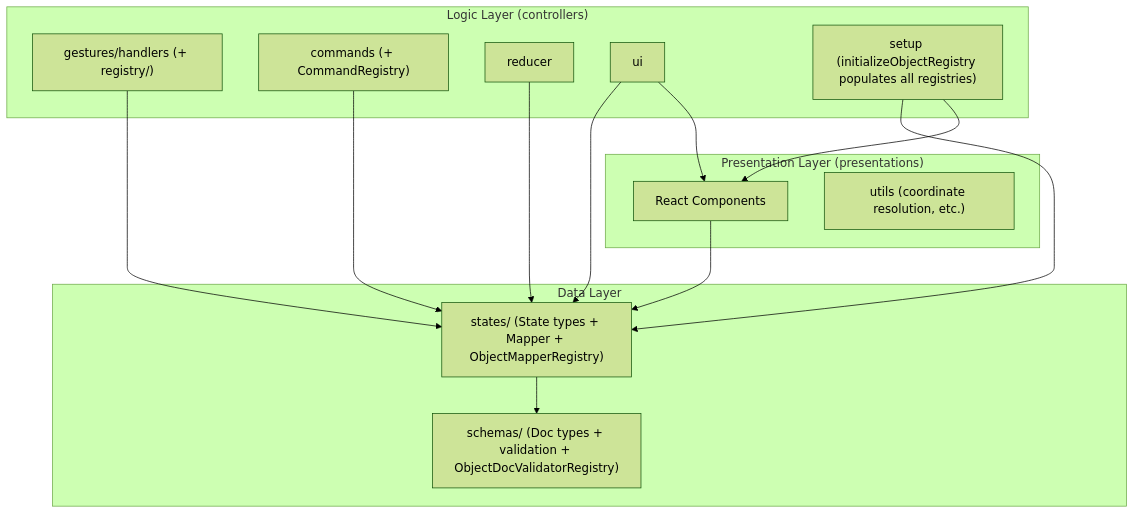
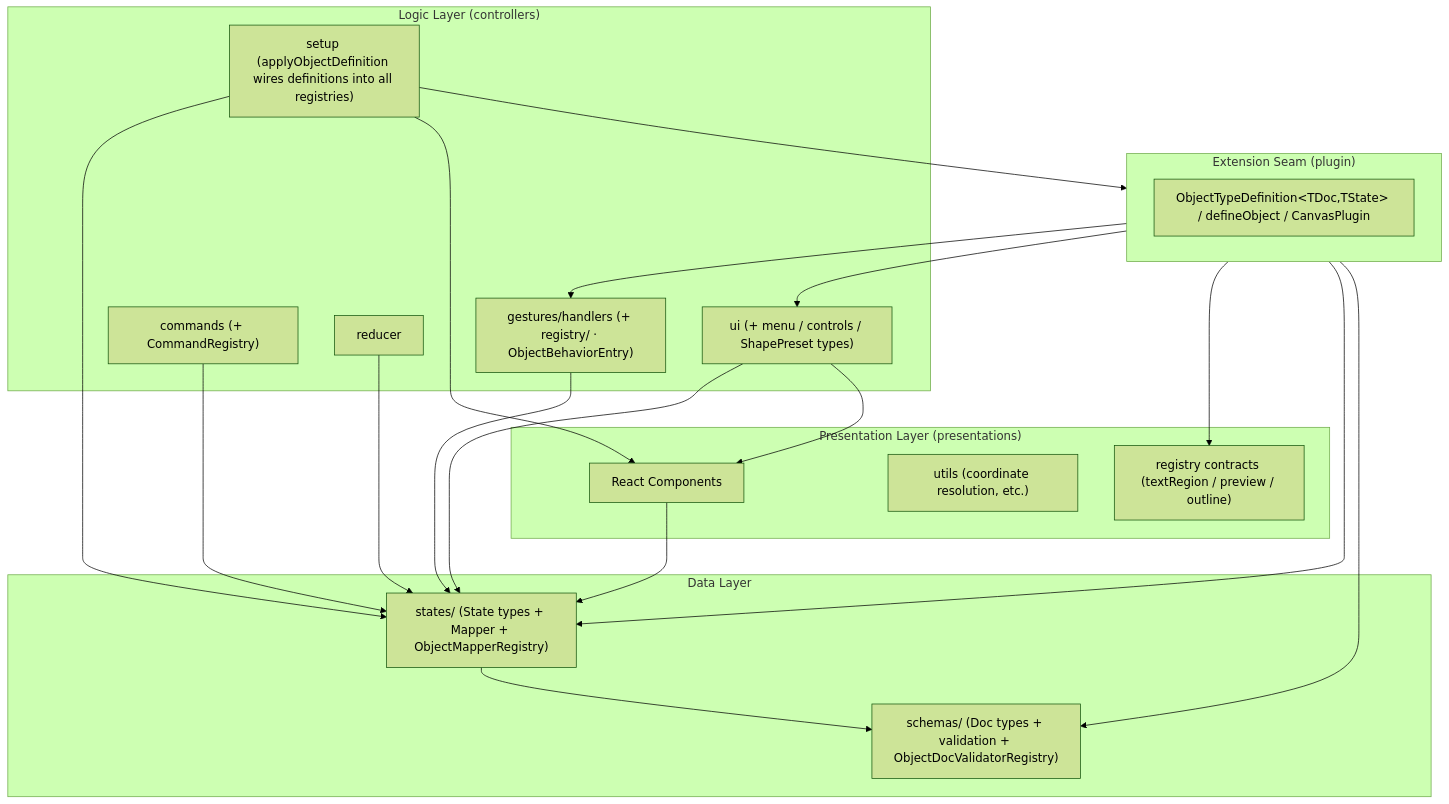
One commit to gznnk/jiscribe changed the diagram in packages/canvas/docs/02-architecture.md. Above: the diagram before and after it, drawn with Mermaid (forest theme). The commit also changed other lines of this file and 1 other file, not shown here.

Commit message:
docs(canvas): 依存グラフに plugin を追加 + ObjectTypeDefinition の整理
- 02-architecture.md の Dependency Graph に plugin ティアを追加。controllers ⇄
  plugin の相互参照を明示しつつ、型のみ・実ファイル非循環（madge 緑）である理由と、
  applyObjectDefinition を setup 側に残すことでそれが担保される点を注記
- ObjectTypeDefinition のプロパティを層ごと（model/render/interaction/style/palette、
  各群は必須先頭）に再編し、各プロパティへ1行 JSDoc を付与
- validateState のコメントは内部関数名を出さず、外部からの untrusted State を弾く
  type-guard（例: 貼り付け）と振る舞いで説明

Claude-Session: https://claude.ai/code/session_01V8NSQEtNhUxEgTXdNLLFWP

````diff
--- a/packages/canvas/docs/02-architecture.md
+++ b/packages/canvas/docs/02-architecture.md
@@ -112,28 +112,41 @@
 ```mermaid
 graph TD
+    subgraph Plugin["Extension Seam (plugin)"]
+        PluginVocab["ObjectTypeDefinition&lt;TDoc,TState&gt; / defineObject / CanvasPlugin"]
+    end
     subgraph Presentations["Presentation Layer (presentations)"]
         PresentationComponents["React Components"]
         PresentationUtils["utils (coordinate resolution, etc.)"]
+        PresentationRegistryTypes["registry contracts (textRegion / preview / outline)"]
     end
     subgraph Controllers["Logic Layer (controllers)"]
-        Gestures["gestures/handlers (+ registry/)"]
+        Gestures["gestures/handlers (+ registry/ · ObjectBehaviorEntry)"]
         Commands["commands (+ CommandRegistry)"]
         Reducer["reducer"]
-        UI["ui"]
-        Setup["setup (initializeObjectRegistry populates all registries)"]
+        UI["ui (+ menu / controls / ShapePreset types)"]
+        Setup["setup (applyObjectDefinition wires definitions into all registries)"]
     end
     subgraph States["Data Layer"]
         StatesTypes["states/ (State types + Mapper + ObjectMapperRegistry)"]
         SchemasTypes["schemas/ (Doc types + validation + ObjectDocValidatorRegistry)"]
     end
 
     PresentationComponents --> StatesTypes
     Gestures --> StatesTypes
     Commands --> StatesTypes
     Reducer --> StatesTypes
     UI --> StatesTypes
     UI --> PresentationComponents
     Setup --> StatesTypes
     Setup --> PresentationComponents
     StatesTypes --> SchemasTypes
+
+    %% plugin aggregates the type contract of every layer; setup consumes it.
+    %% Setup -> Plugin plus Plugin -> Gestures/UI = controllers <-> plugin.
+    Setup --> Plugin
+    Plugin --> Gestures
+    Plugin --> UI
+    Plugin --> PresentationRegistryTypes
+    Plugin --> StatesTypes
+    Plugin --> SchemasTypes
 ```
````
